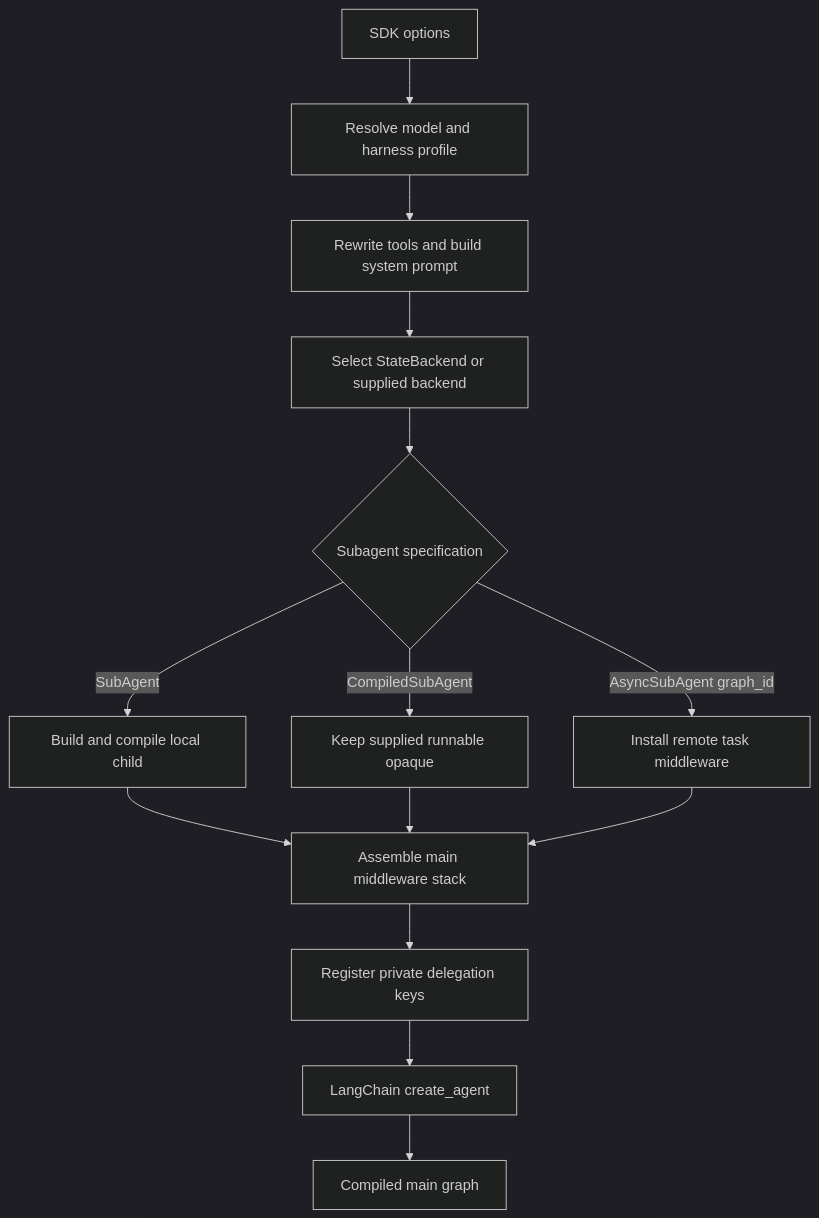
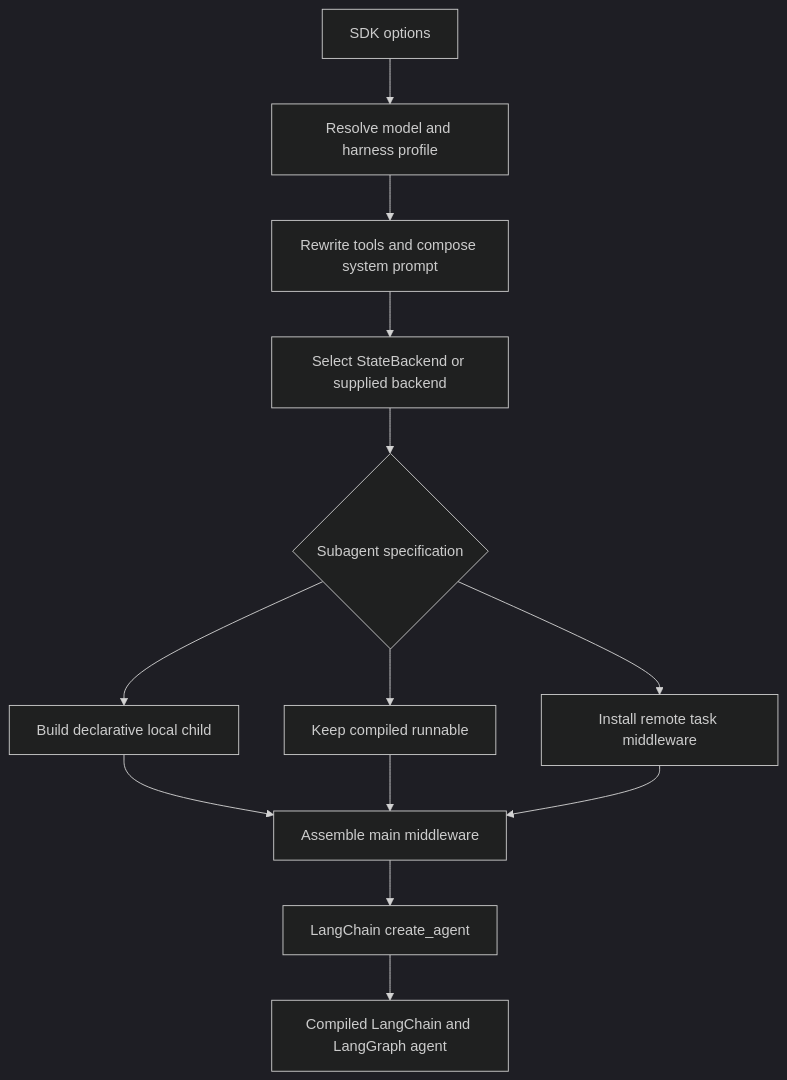
Before and after one commit to langchain-ai/deepagents: the first of 3 diagrams in openwiki/architecture/sdk-construction-execution.md, drawn with Mermaid (dark theme). The commit also changed other lines of this file and 43 other files, not shown here.

````diff
--- a/openwiki/architecture/sdk-construction-execution.md
+++ b/openwiki/architecture/sdk-construction-execution.md
@@ -45,16 +43,15 @@
 ```mermaid
 flowchart TD
     Input["SDK options"] --> Resolve["Resolve model and harness profile"]
-    Resolve --> Prepare["Rewrite tools and build system prompt"]
+    Resolve --> Prepare["Rewrite tools and compose system prompt"]
     Prepare --> Backend["Select StateBackend or supplied backend"]
     Backend --> Split{"Subagent specification"}
-    Split -->|"SubAgent"| LocalBuild["Build and compile local child"]
-    Split -->|"CompiledSubAgent"| Opaque["Keep supplied runnable opaque"]
-    Split -->|"AsyncSubAgent graph_id"| RemoteBuild["Install remote task middleware"]
-    LocalBuild --> Stack["Assemble main middleware stack"]
-    Opaque --> Stack
-    RemoteBuild --> Stack
-    Stack --> Private["Register private delegation keys"]
-    Private --> Compile["LangChain create_agent"]
-    Compile --> Main["Compiled main graph"]
+    Split --> Local["Build declarative local child"]
+    Split --> Compiled["Keep compiled runnable"]
+    Split --> Remote["Install remote task middleware"]
+    Local --> Stack["Assemble main middleware"]
+    Compiled --> Stack
+    Remote --> Stack
+    Stack --> Compile["LangChain create_agent"]
+    Compile --> Graph["Compiled LangChain and LangGraph agent"]
 ```
````
